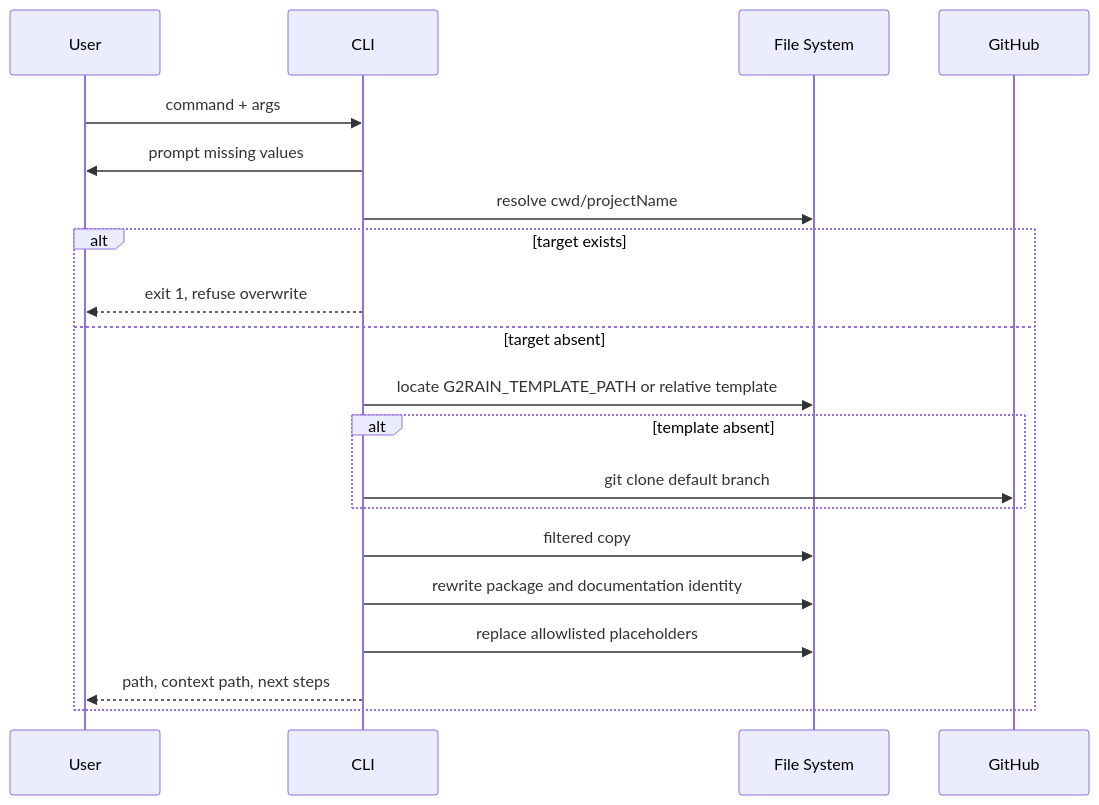
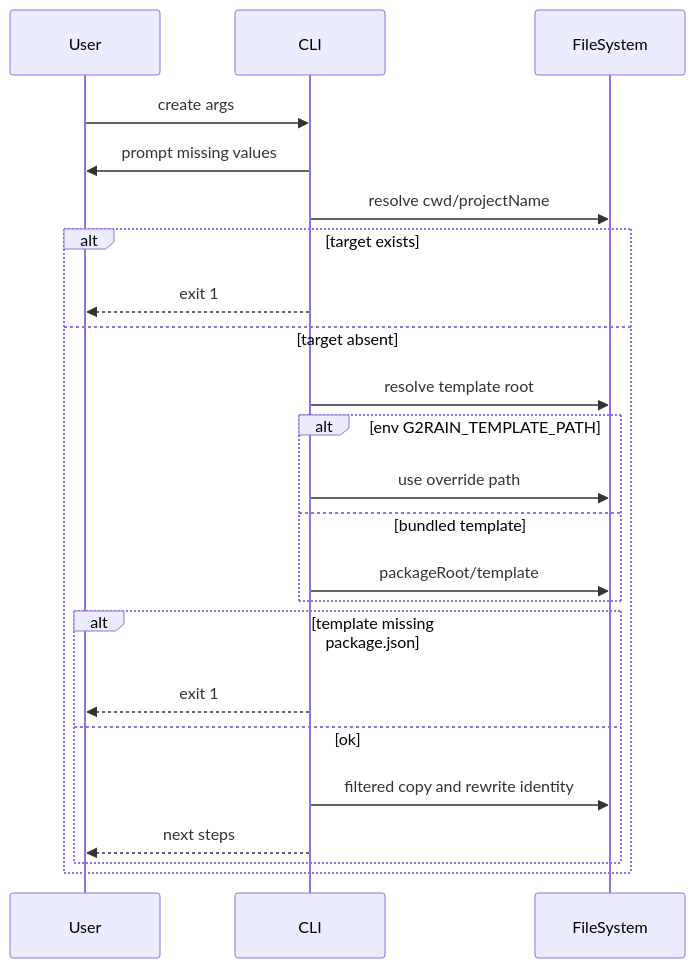
The diagram in docs/architecture/runtime-flow.md (g2rain/g2rain-app-cli), drawn with Mermaid before and after one commit. The commit also changed other lines of this file and 356 other files, not shown here.

````diff
--- a/docs/architecture/runtime-flow.md
+++ b/docs/architecture/runtime-flow.md
@@ -16,23 +21,26 @@
 ```mermaid
 sequenceDiagram
   participant User
   participant CLI
-  participant FS as File System
-  participant GitHub
+  participant FS as FileSystem
 
-  User->>CLI: command + args
+  User->>CLI: create args
   CLI->>User: prompt missing values
   CLI->>FS: resolve cwd/projectName
   alt target exists
-    CLI-->>User: exit 1, refuse overwrite
+    CLI-->>User: exit 1
   else target absent
-    CLI->>FS: locate G2RAIN_TEMPLATE_PATH or relative template
-    alt template absent
-      CLI->>GitHub: git clone default branch
+    CLI->>FS: resolve template root
+    alt env G2RAIN_TEMPLATE_PATH
+      CLI->>FS: use override path
+    else bundled template
+      CLI->>FS: packageRoot/template
     end
-    CLI->>FS: filtered copy
-    CLI->>FS: rewrite package and documentation identity
-    CLI->>FS: replace allowlisted placeholders
-    CLI-->>User: path, context path, next steps
+    alt template missing package.json
+      CLI-->>User: exit 1
+    else ok
+      CLI->>FS: filtered copy and rewrite identity
+      CLI-->>User: next steps
+    end
   end
 ```
````
